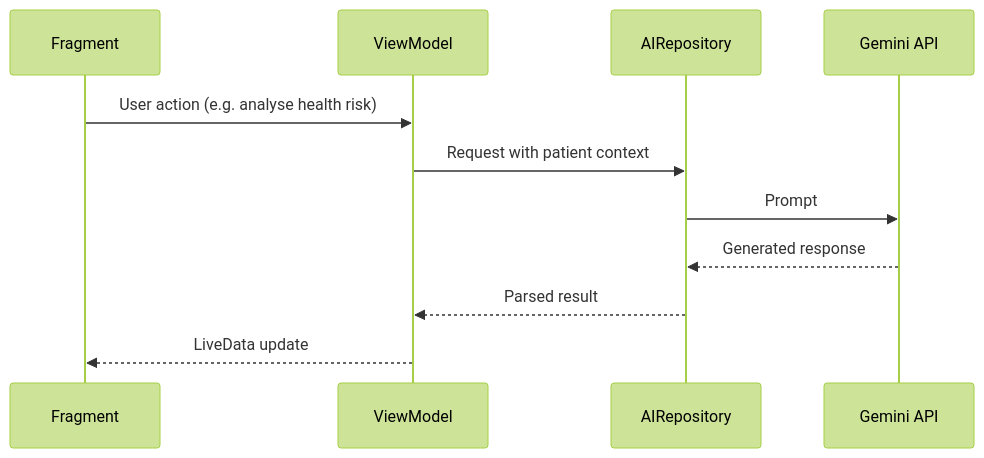
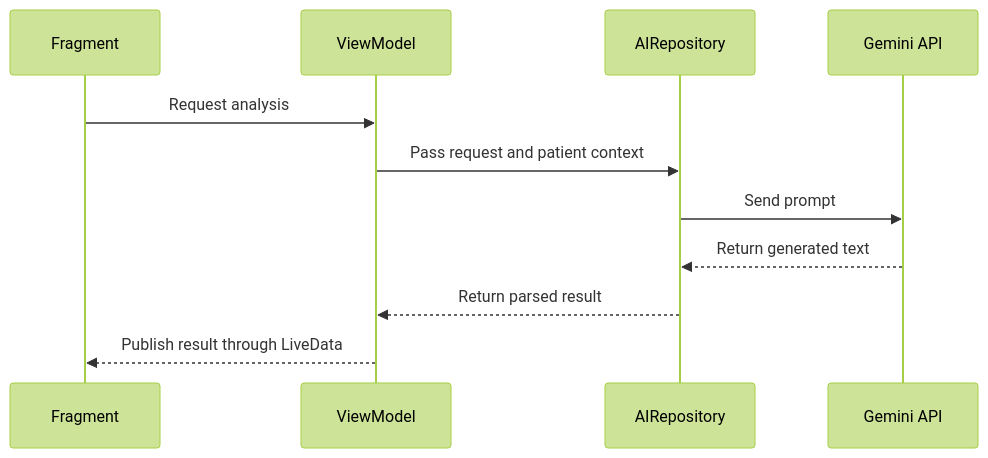
Before and after one commit to muhammadsahil1304/MediSync: the third of 4 diagrams in README.md, drawn with Mermaid (forest theme). The commit also changed other lines of this file, not shown here.

````diff
--- a/README.md
+++ b/README.md
@@ -192,14 +254,14 @@
 ```mermaid
 sequenceDiagram
-    participant UI as Fragment
+    participant F as Fragment
     participant VM as ViewModel
     participant AI as AIRepository
     participant G as Gemini API
 
-    UI->>VM: User action (e.g. analyse health risk)
-    VM->>AI: Request with patient context
-    AI->>G: Prompt
-    G-->>AI: Generated response
-    AI-->>VM: Parsed result
-    VM-->>UI: LiveData update
+    F->>VM: Request analysis
+    VM->>AI: Pass request and patient context
+    AI->>G: Send prompt
+    G-->>AI: Return generated text
+    AI-->>VM: Return parsed result
+    VM-->>F: Publish result through LiveData
 ```
````
